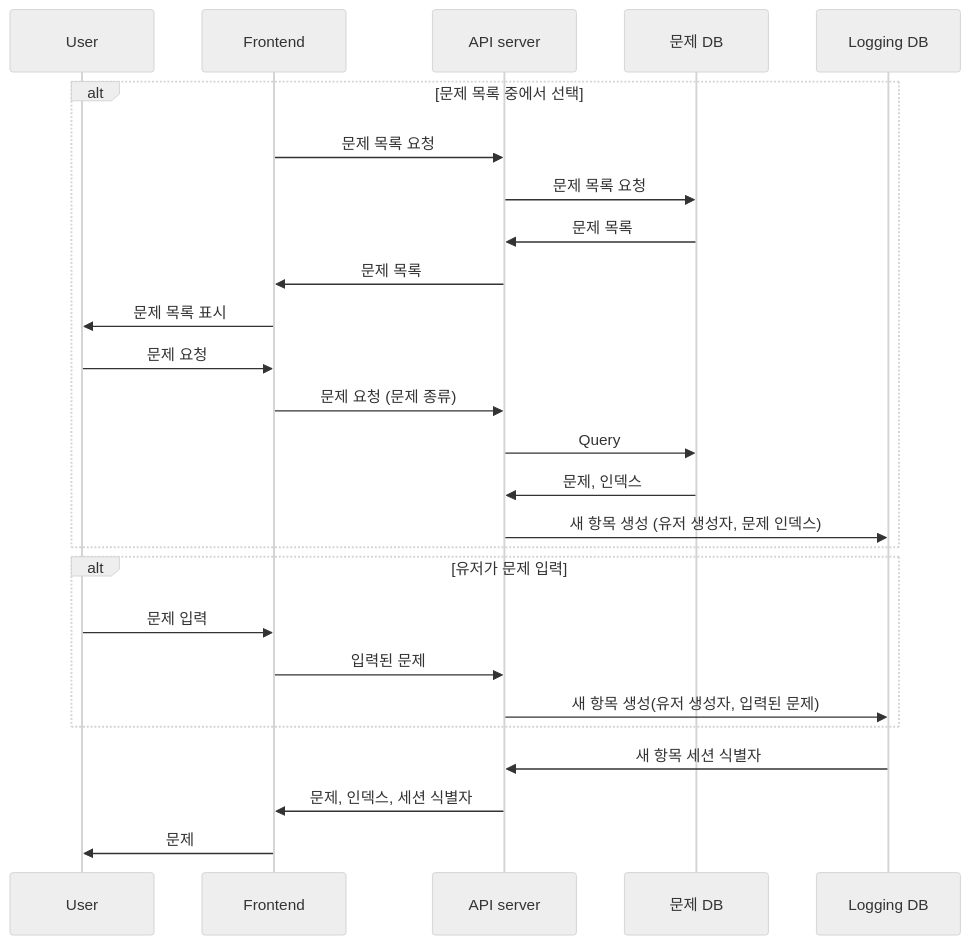
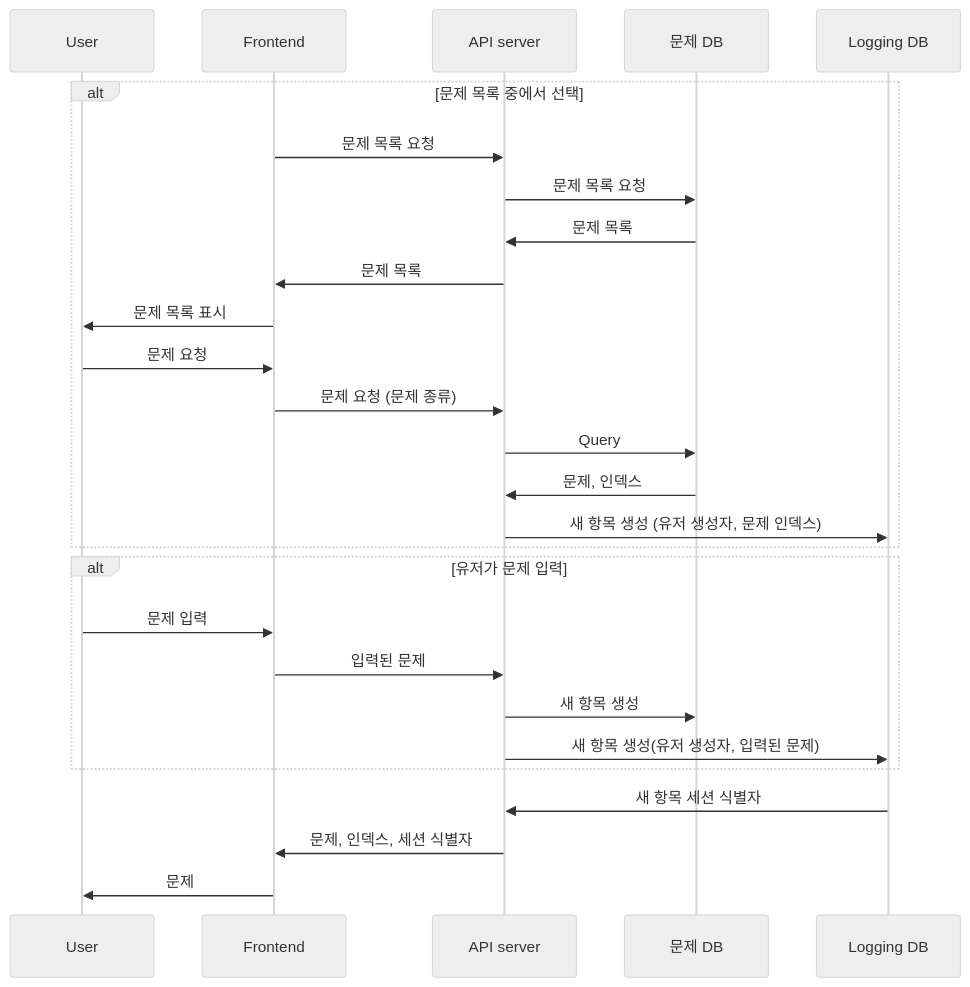
One commit to bookyoulove/paragraphy changed the second of 5 diagrams in 설계문서/시퀀스 다이어그램.md. Above: the diagram before and after it, drawn with Mermaid (neutral theme). The commit also changed 3 other files, not shown here.

````diff
--- a/설계문서/시퀀스 다이어그램.md
+++ b/설계문서/시퀀스 다이어그램.md
@@ -24,28 +24,29 @@
 ```mermaid
 sequenceDiagram
     participant User
     participant Frontend
     participant API as API server
     participant problem as 문제 DB
     participant log as Logging DB
     alt 문제 목록 중에서 선택
     Frontend->>API:문제 목록 요청
     API->>problem:문제 목록 요청
     problem->>API: 문제 목록
     API->>Frontend: 문제 목록
     Frontend->>User:문제 목록 표시
     User->>Frontend:문제 요청
     Frontend->>API:문제 요청 (문제 종류)
     API->>problem: Query
     problem->>API: 문제, 인덱스
     API->>log: 새 항목 생성 (유저 생성자, 문제 인덱스)
     end
     alt 유저가 문제 입력
     User->>Frontend: 문제 입력
     Frontend->>API: 입력된 문제
+    API->>problem: 새 항목 생성
     API->>log: 새 항목 생성(유저 생성자, 입력된 문제)
     end
     log->>API: 새 항목 세션 식별자
     API->>Frontend: 문제, 인덱스, 세션 식별자
     Frontend->>User: 문제
 ```
````
